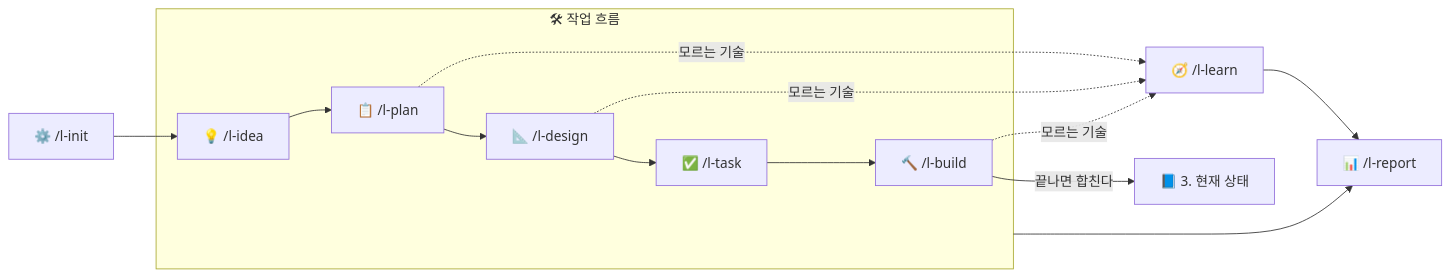
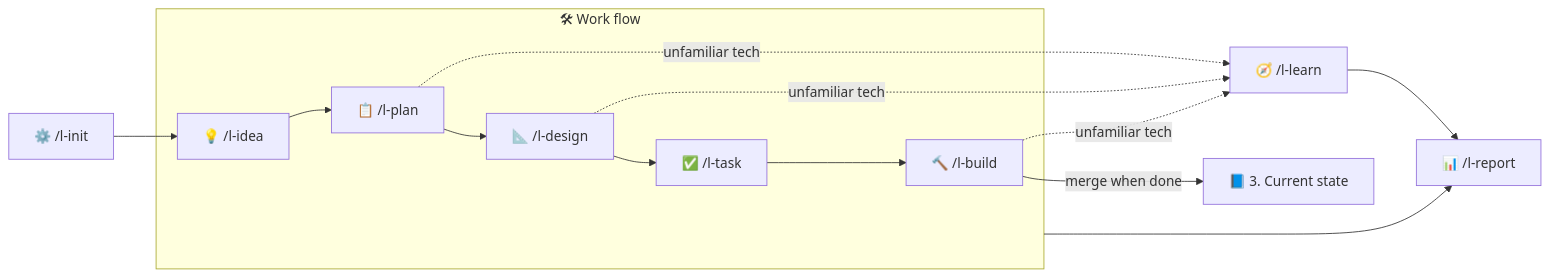
One commit to Jungjihyuk/LanternSpec changed the diagram in README.md. Above: the diagram before and after it, drawn with Mermaid. The commit also changed other lines of this file and 4 other files, not shown here.

````diff
--- a/README.md
+++ b/README.md
@@ -81,10 +85,10 @@
 ```mermaid
 flowchart LR
   S["⚙️ /l-init"] --> I
-  subgraph W["🛠 작업 흐름"]
+  subgraph W["🛠 Work flow"]
     I["💡 /l-idea"] --> P["📋 /l-plan"] --> D["📐 /l-design"] --> T["✅ /l-task"] --> B["🔨 /l-build"]
   end
-  P & D & B -.모르는 기술.-> L["🧭 /l-learn"]
-  B -->|끝나면 합친다| C["📘 3. 현재 상태"]
+  P & D & B -.unfamiliar tech.-> L["🧭 /l-learn"]
+  B -->|merge when done| C["📘 3. Current state"]
   W & L --> R["📊 /l-report"]
 ```
````
